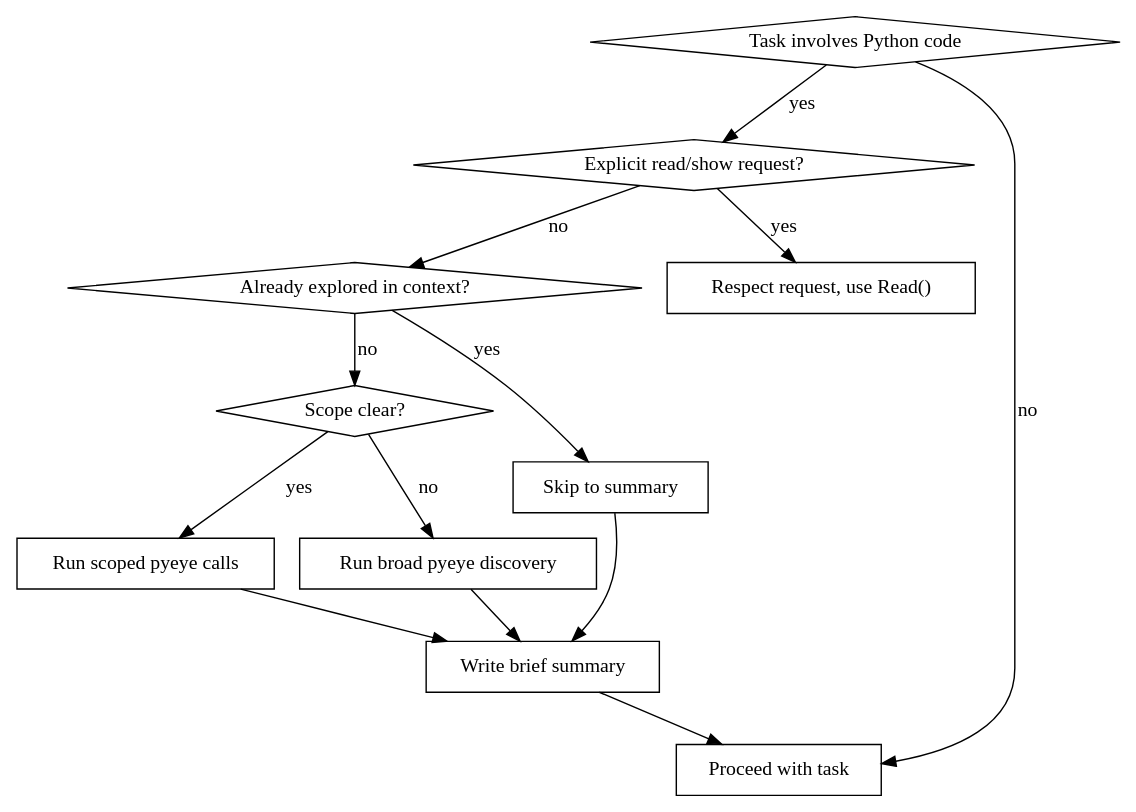
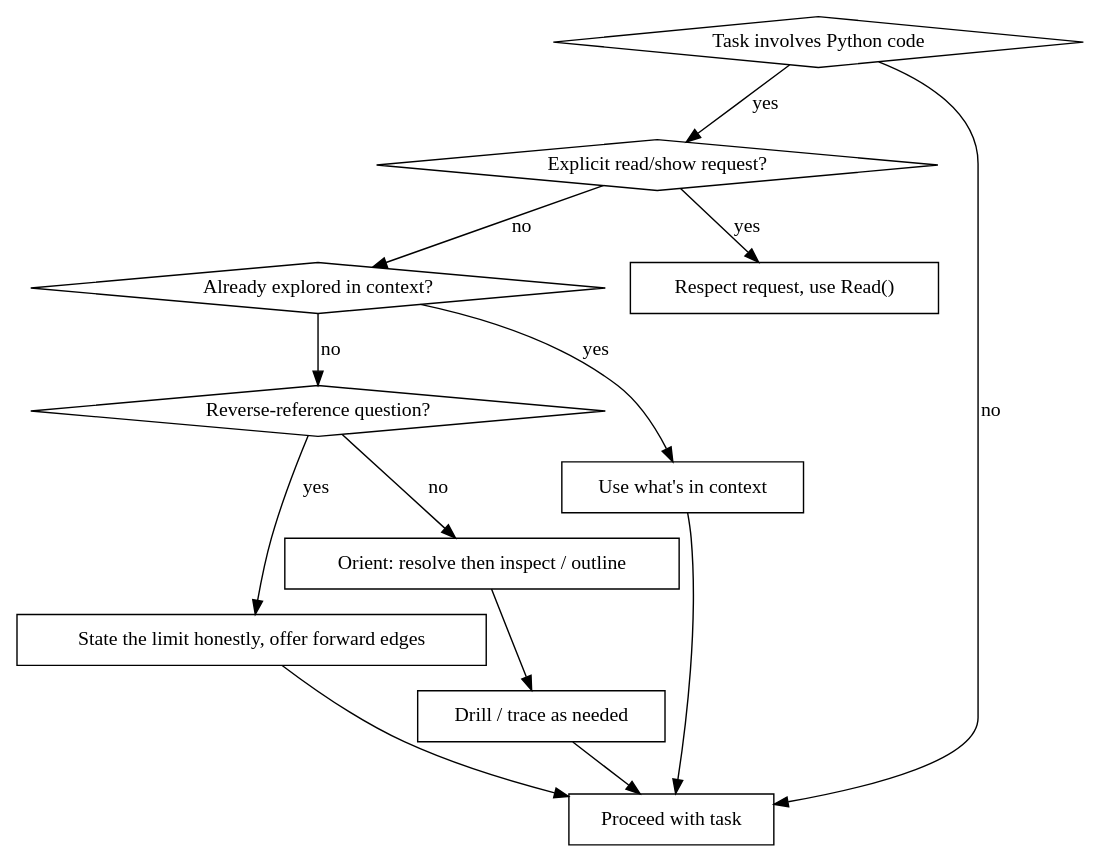
Before and after one commit to okeefeco/pyeye-mcp: the diagram in skills/python-explore/SKILL.md, drawn with Graphviz. The commit also changed other lines of this file and 1 other file, not shown here.

````diff
--- a/skills/python-explore/SKILL.md
+++ b/skills/python-explore/SKILL.md
@@ -82,30 +134,30 @@
 ```dot
 digraph python_explore {
     rankdir=TB;
 
     "Task involves Python code" [shape=diamond];
     "Explicit read/show request?" [shape=diamond];
     "Already explored in context?" [shape=diamond];
-    "Scope clear?" [shape=diamond];
+    "Reverse-reference question?" [shape=diamond];
 
     "Respect request, use Read()" [shape=box];
-    "Skip to summary" [shape=box];
-    "Run scoped pyeye calls" [shape=box];
-    "Run broad pyeye discovery" [shape=box];
-    "Write brief summary" [shape=box];
+    "Use what's in context" [shape=box];
+    "State the limit honestly, offer forward edges" [shape=box];
+    "Orient: resolve then inspect / outline" [shape=box];
+    "Drill / trace as needed" [shape=box];
     "Proceed with task" [shape=box];
 
     "Task involves Python code" -> "Explicit read/show request?" [label="yes"];
     "Task involves Python code" -> "Proceed with task" [label="no"];
     "Explicit read/show request?" -> "Respect request, use Read()" [label="yes"];
     "Explicit read/show request?" -> "Already explored in context?" [label="no"];
-    "Already explored in context?" -> "Skip to summary" [label="yes"];
-    "Already explored in context?" -> "Scope clear?" [label="no"];
-    "Scope clear?" -> "Run scoped pyeye calls" [label="yes"];
-    "Scope clear?" -> "Run broad pyeye discovery" [label="no"];
-    "Run scoped pyeye calls" -> "Write brief summary";
-    "Run broad pyeye discovery" -> "Write brief summary";
-    "Skip to summary" -> "Write brief summary";
-    "Write brief summary" -> "Proceed with task";
+    "Already explored in context?" -> "Use what's in context" [label="yes"];
+    "Already explored in context?" -> "Reverse-reference question?" [label="no"];
+    "Reverse-reference question?" -> "State the limit honestly, offer forward edges" [label="yes"];
+    "Reverse-reference question?" -> "Orient: resolve then inspect / outline" [label="no"];
+    "Orient: resolve then inspect / outline" -> "Drill / trace as needed";
+    "Drill / trace as needed" -> "Proceed with task";
+    "Use what's in context" -> "Proceed with task";
+    "State the limit honestly, offer forward edges" -> "Proceed with task";
 }
 ```
````
